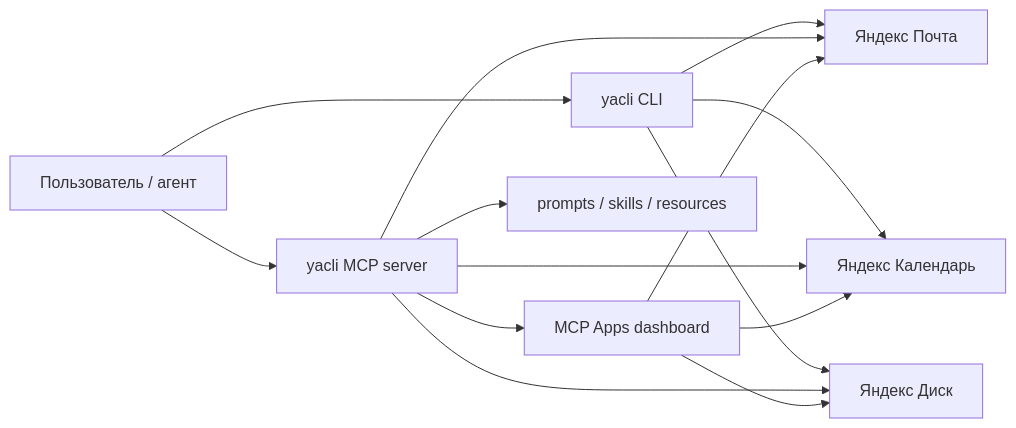
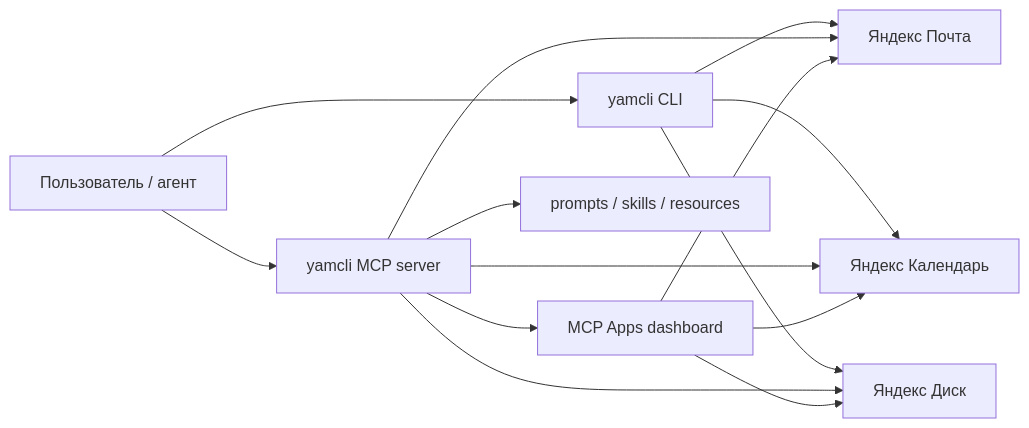
One commit to aikalinin/mcp-local-ya changed the diagram in README.md. Above: the diagram before and after it, drawn with Mermaid. The commit also changed other lines of this file and 63 other files, not shown here.

First line of the commit message:
feat!: rename yacli to yamcli for the 1.0.0 release

````diff
--- a/README.md
+++ b/README.md
@@ -398,16 +398,16 @@
 ```mermaid
 flowchart LR
-    U["Пользователь / агент"] --> CLI["yacli CLI"]
-    U --> MCP["yacli MCP server"]
+    U["Пользователь / агент"] --> CLI["yamcli CLI"]
+    U --> MCP["yamcli MCP server"]
     MCP --> APPS["MCP Apps dashboard"]
     MCP --> PROMPTS["prompts / skills / resources"]
     CLI --> MAIL["Яндекс Почта"]
     CLI --> CAL["Яндекс Календарь"]
     CLI --> DISK["Яндекс Диск"]
     MCP --> MAIL
     MCP --> CAL
     MCP --> DISK
     APPS --> MAIL
     APPS --> CAL
     APPS --> DISK
 ```
````
